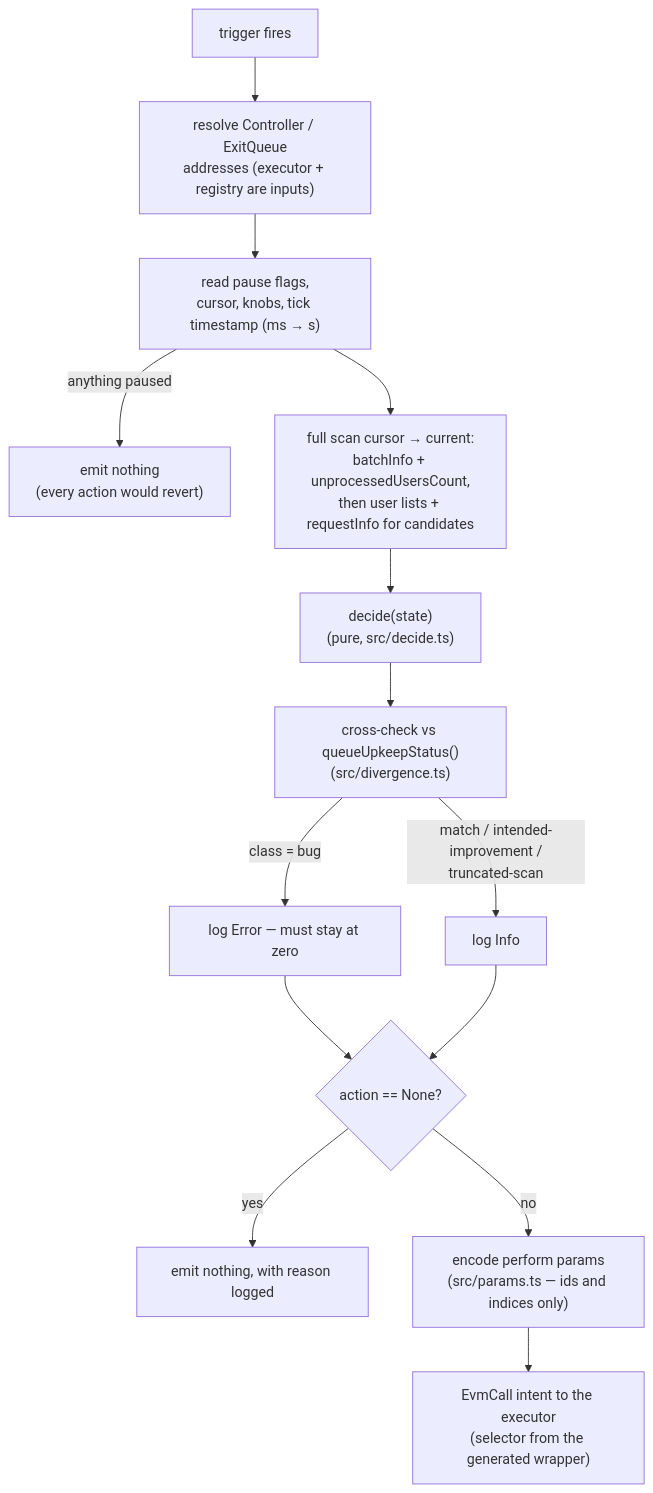
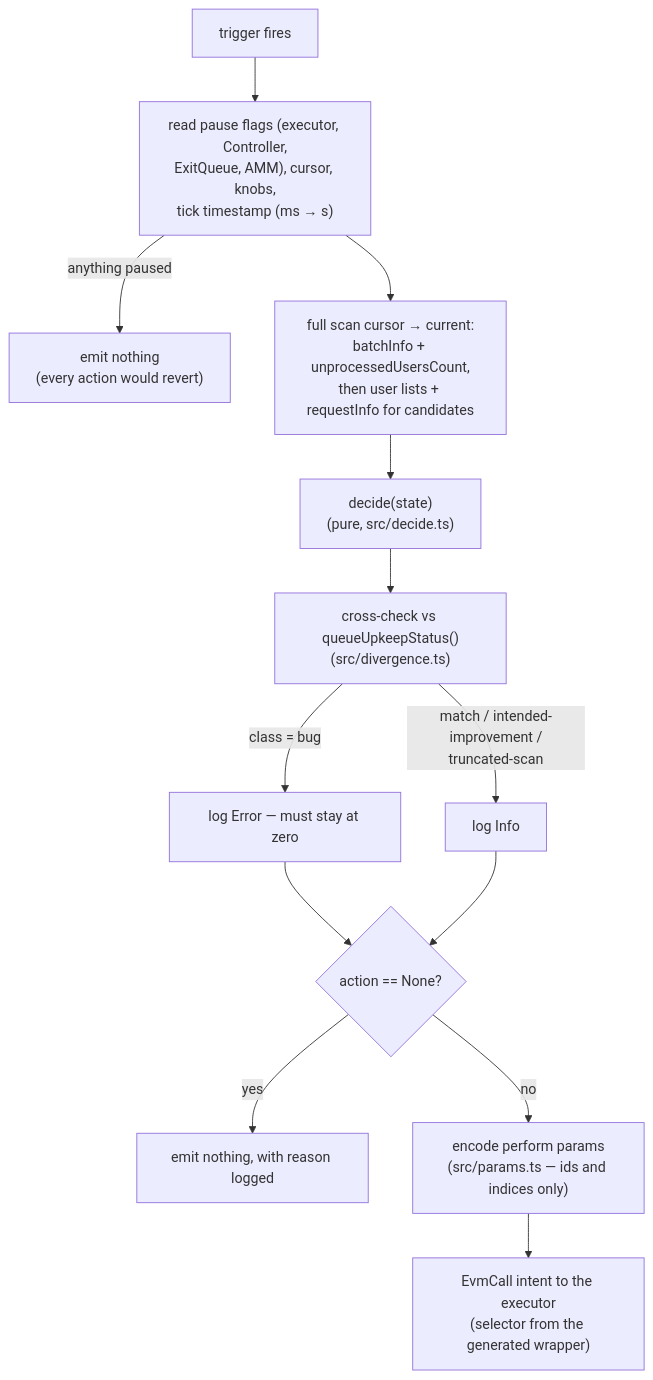
The second of 2 diagrams in blueprints/01-system-overview.md (everstrat-xyz/keepers), drawn with Mermaid before and after one commit. The commit also changed other lines of this file and 56 other files, not shown here.

````diff
--- a/blueprints/01-system-overview.md
+++ b/blueprints/01-system-overview.md
@@ -92,16 +78,15 @@
 ```mermaid
 flowchart TB
-    T["trigger fires"] --> R["resolve Controller / ExitQueue<br/>addresses (executor + registry are inputs)"]
-    R --> P["read pause flags,<br/>cursor, knobs, tick timestamp (ms → s)"]
+    T["trigger fires"] --> P["read pause flags (executor, Controller,<br/>ExitQueue, AMM), cursor, knobs,<br/>tick timestamp (ms → s)"]
     P -- "anything paused" --> NONE1["emit nothing<br/>(every action would revert)"]
     P --> S["full scan cursor → current:<br/>batchInfo + unprocessedUsersCount,<br/>then user lists + requestInfo for candidates"]
     S --> D["decide(state)<br/>(pure, src/decide.ts)"]
     D --> X["cross-check vs queueUpkeepStatus()<br/>(src/divergence.ts)"]
     X -- "class = bug" --> EL["log Error — must stay at zero"]
     X -- "match / intended-improvement /<br/>truncated-scan" --> IL["log Info"]
     EL --> NA{"action == None?"}
     IL --> NA
     NA -- "yes" --> NONE2["emit nothing, with reason logged"]
     NA -- "no" --> E["encode perform params<br/>(src/params.ts — ids and indices only)"]
     E --> OUT["EvmCall intent to the executor<br/>(selector from the generated wrapper)"]
 ```
````
